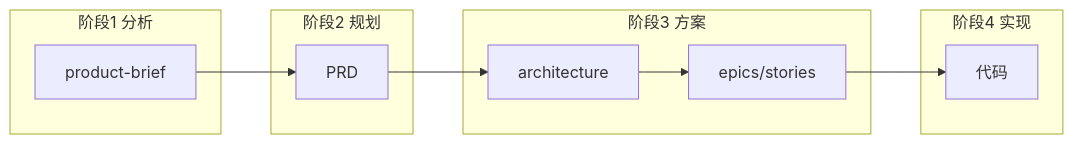
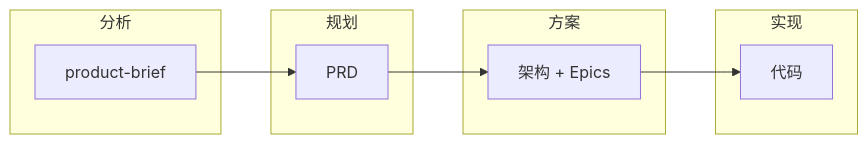
Before and after one commit to helloAhao096/helloahao096.github.io: the first of 3 diagrams in docs/posts/BMAD 使用指南 - AI 驱动敏捷开发框架.md, drawn with Mermaid. The commit also changed other lines of this file and 1 other file, not shown here.

````diff
--- a/docs/posts/BMAD 使用指南 - AI 驱动敏捷开发框架.md
+++ b/docs/posts/BMAD 使用指南 - AI 驱动敏捷开发框架.md
@@ -160,17 +39,16 @@
 ```mermaid
 flowchart LR
-    subgraph P1[阶段1 分析]
+    subgraph P1[分析]
         A1[product-brief]
     end
-    subgraph P2[阶段2 规划]
+    subgraph P2[规划]
         A2[PRD]
     end
-    subgraph P3[阶段3 方案]
-        A3[architecture]
-        A4[epics/stories]
+    subgraph P3[方案]
+        A3[架构 + Epics]
     end
-    subgraph P4[阶段4 实现]
-        A5[代码]
+    subgraph P4[实现]
+        A4[代码]
     end
-    A1 --> A2 --> A3 --> A4 --> A5
+    A1 --> A2 --> A3 --> A4
 ```
````
